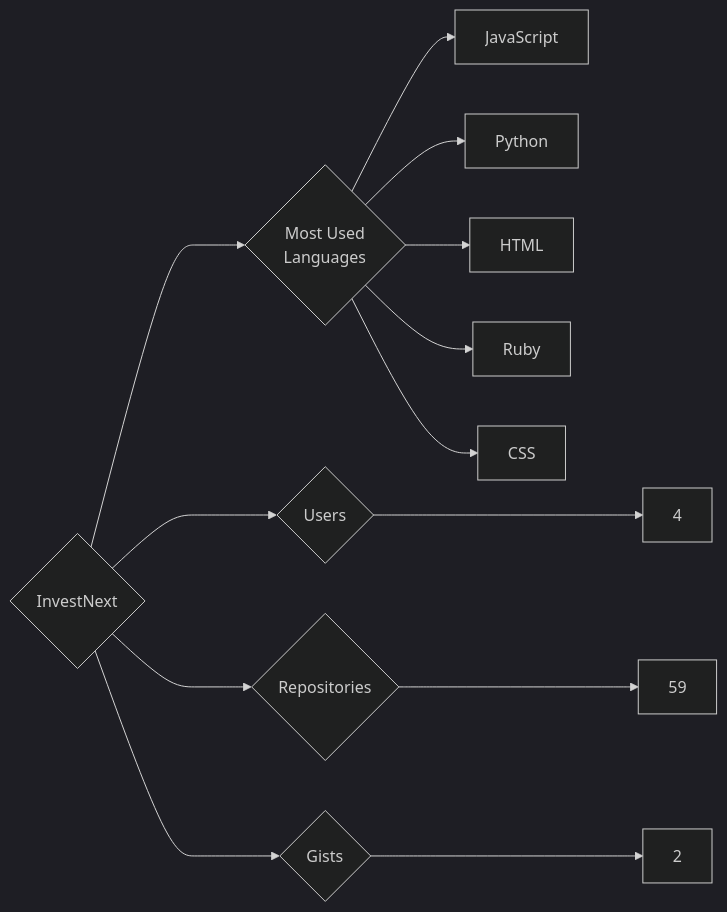
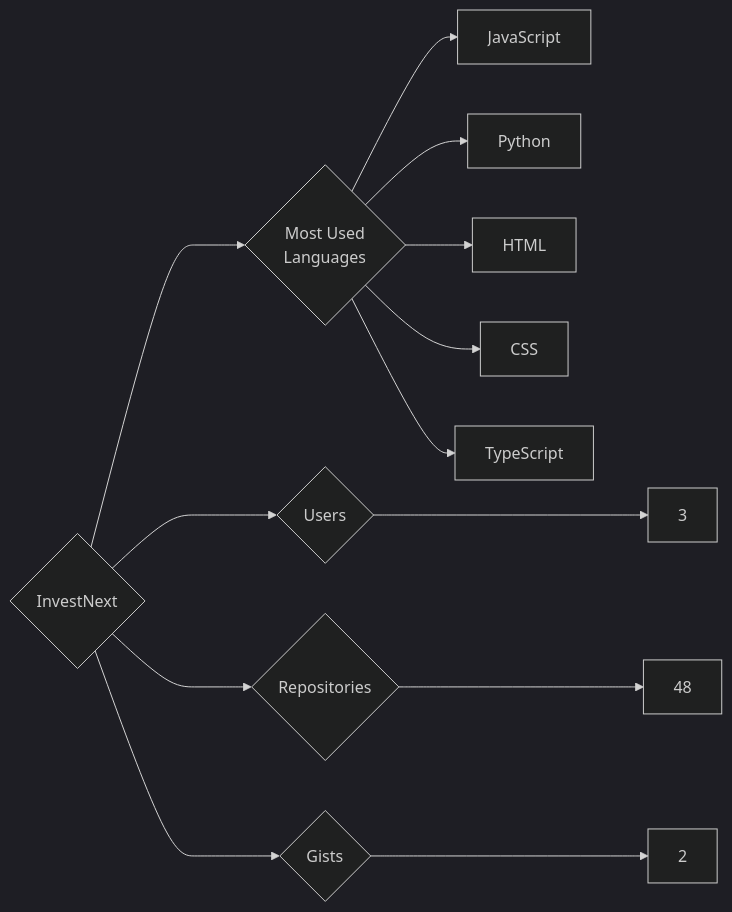
Before and after one commit to trickest/insiders: the diagram in targets/InvestNext/README.md, drawn with Mermaid (dark theme). The commit also changed 1036 other files, not shown here.

````diff
--- a/targets/InvestNext/README.md
+++ b/targets/InvestNext/README.md
@@ -3,13 +3,13 @@
 ```mermaid
 graph LR
 COMPANY_NAME{InvestNext}
-COMPANY_NAME ---> U{Users} ---> UN[4]
-COMPANY_NAME ---> R{Repositories} ---> RN[59]
+COMPANY_NAME ---> U{Users} ---> UN[3]
+COMPANY_NAME ---> R{Repositories} ---> RN[48]
 COMPANY_NAME ---> G{Gists} ---> GN[2]
 COMPANY_NAME ---> ML{Most Used<br>Languages}
 ML --> JavaScript[JavaScript]
 ML --> Python[Python]
 ML --> HTML[HTML]
-ML --> Ruby[Ruby]
 ML --> CSS[CSS]
+ML --> TypeScript[TypeScript]
 ```
````
